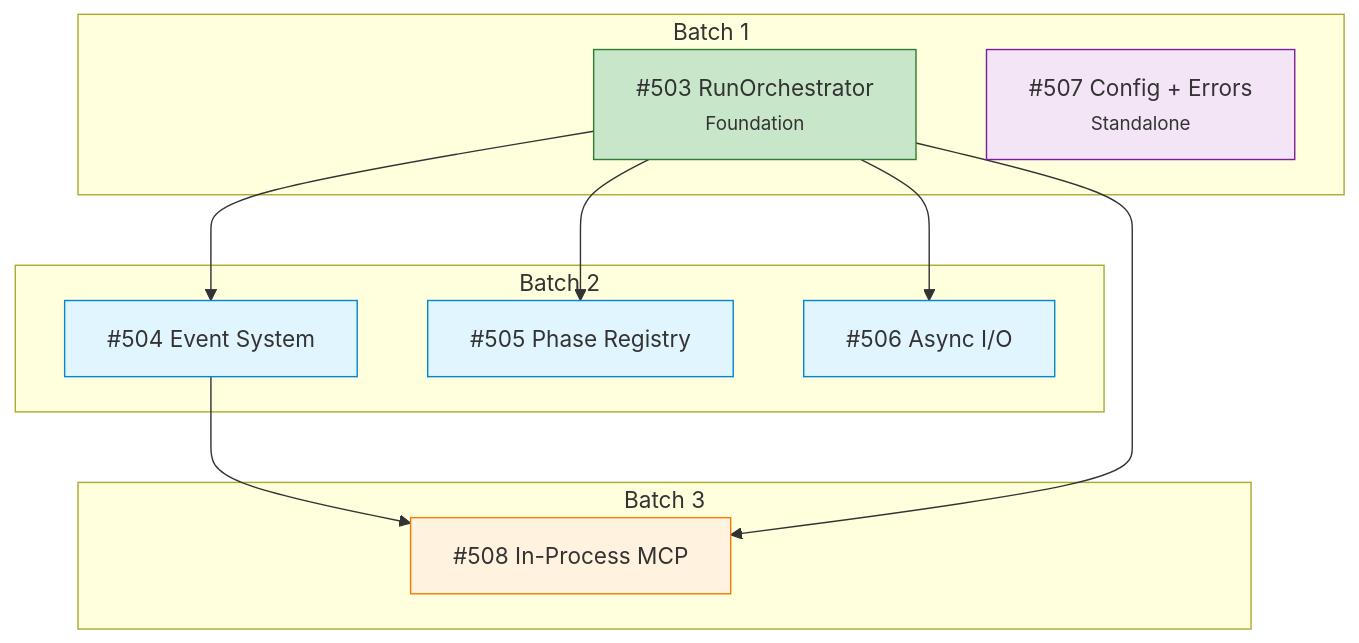
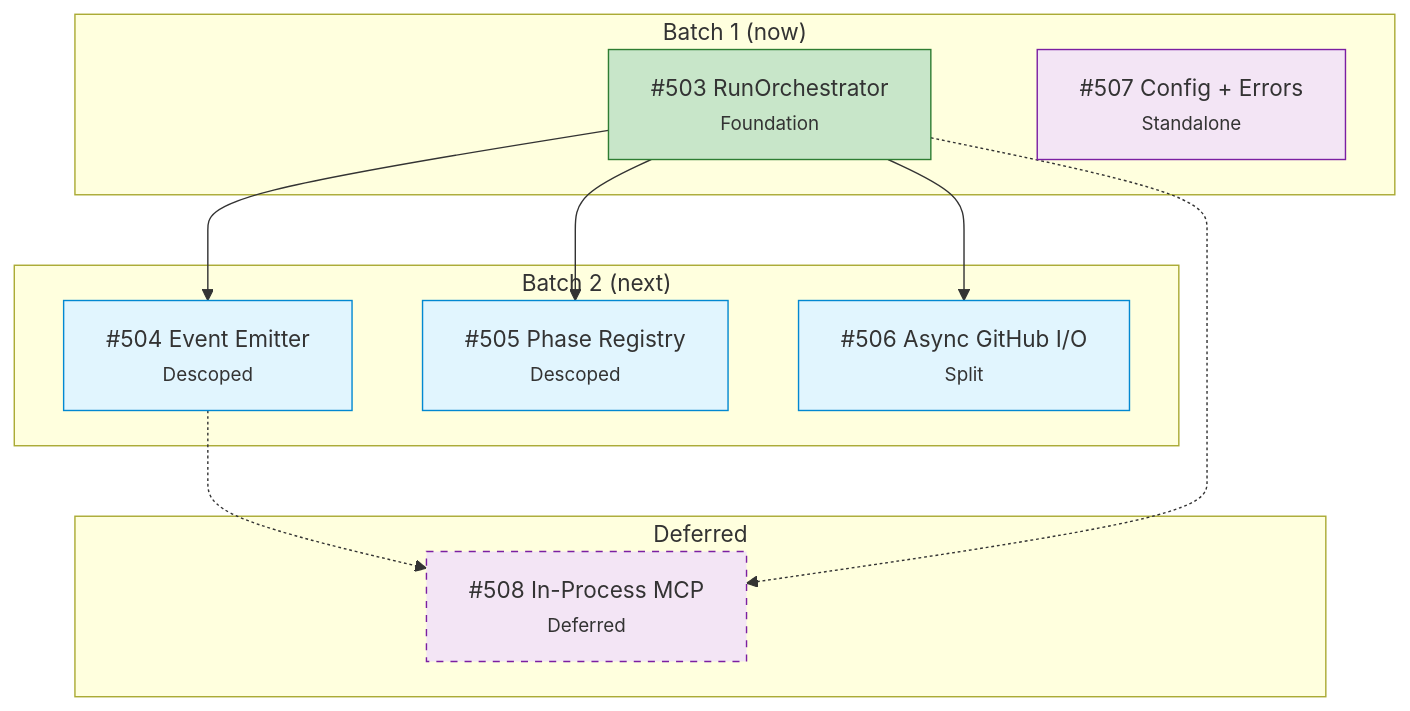
Before and after one commit to sequant-io/sequant: the sixth of 6 diagrams in docs/internal/architecture-target.md, drawn with Mermaid. The commit also changed other lines of this file, not shown here.

First line of the commit message:
docs: descope target architecture after overcomplexity review

````diff
--- a/docs/internal/architecture-target.md
+++ b/docs/internal/architecture-target.md
@@ -249,38 +257,38 @@
 ```mermaid
 flowchart TB
     503["#503 RunOrchestrator<br/><small>Foundation</small>"]
-    504["#504 Event System"]
-    505["#505 Phase Registry"]
-    506["#506 Async I/O"]
+    504["#504 Event Emitter<br/><small>Descoped</small>"]
+    505["#505 Phase Registry<br/><small>Descoped</small>"]
+    506["#506 Async GitHub I/O<br/><small>Split</small>"]
     507["#507 Config + Errors<br/><small>Standalone</small>"]
-    508["#508 In-Process MCP"]
+    508["#508 In-Process MCP<br/><small>Deferred</small>"]
 
     503 --> 504
     503 --> 505
     503 --> 506
-    504 --> 508
-    503 --> 508
+    504 -.-> 508
+    503 -.-> 508
 
-    subgraph B1["Batch 1"]
+    subgraph B1["Batch 1 (now)"]
         503
         507
     end
-    subgraph B2["Batch 2"]
+    subgraph B2["Batch 2 (next)"]
         504
         505
         506
     end
-    subgraph B3["Batch 3"]
+    subgraph Deferred["Deferred"]
         508
     end
 
     classDef batch1 fill:#c8e6c9,stroke:#2e7d32
     classDef batch2 fill:#e1f5fe,stroke:#0288d1
-    classDef batch3 fill:#fff3e0,stroke:#f57c00
+    classDef deferred fill:#f3e5f5,stroke:#7b1fa2,stroke-dasharray:5
     classDef standalone fill:#f3e5f5,stroke:#7b1fa2
 
     class 503 batch1
     class 507 standalone
     class 504,505,506 batch2
-    class 508 batch3
+    class 508 deferred
 ```
````
